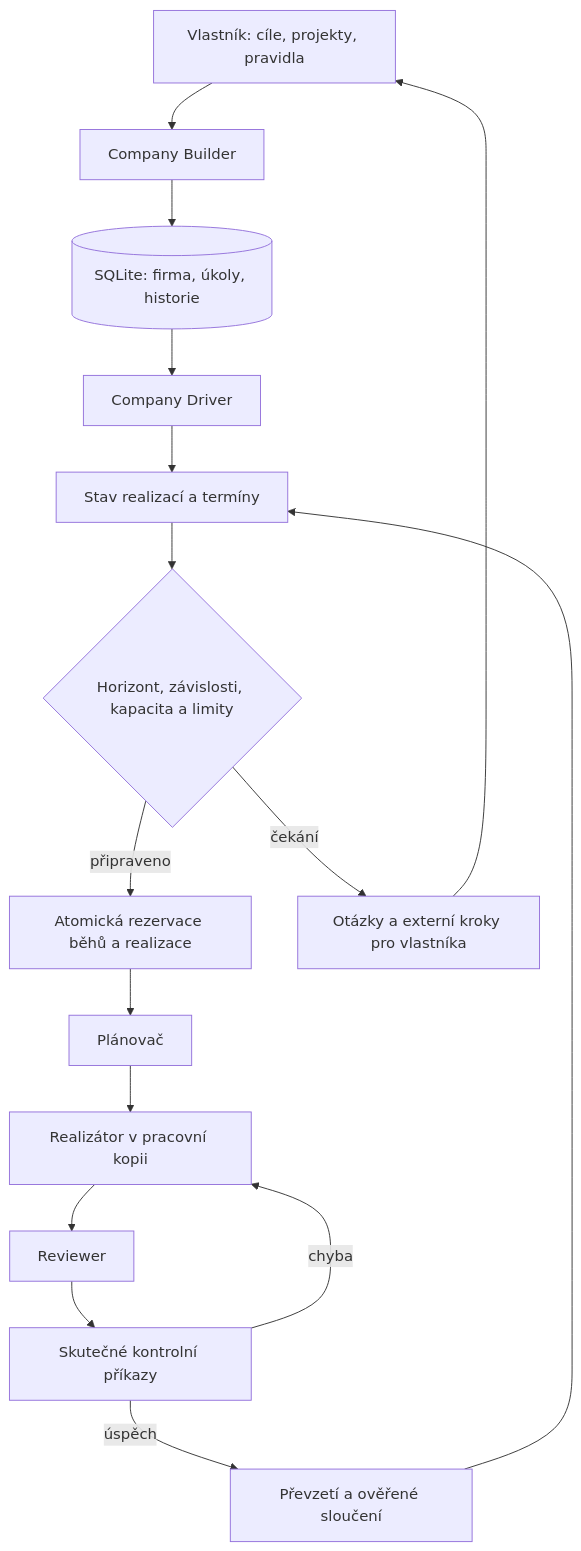
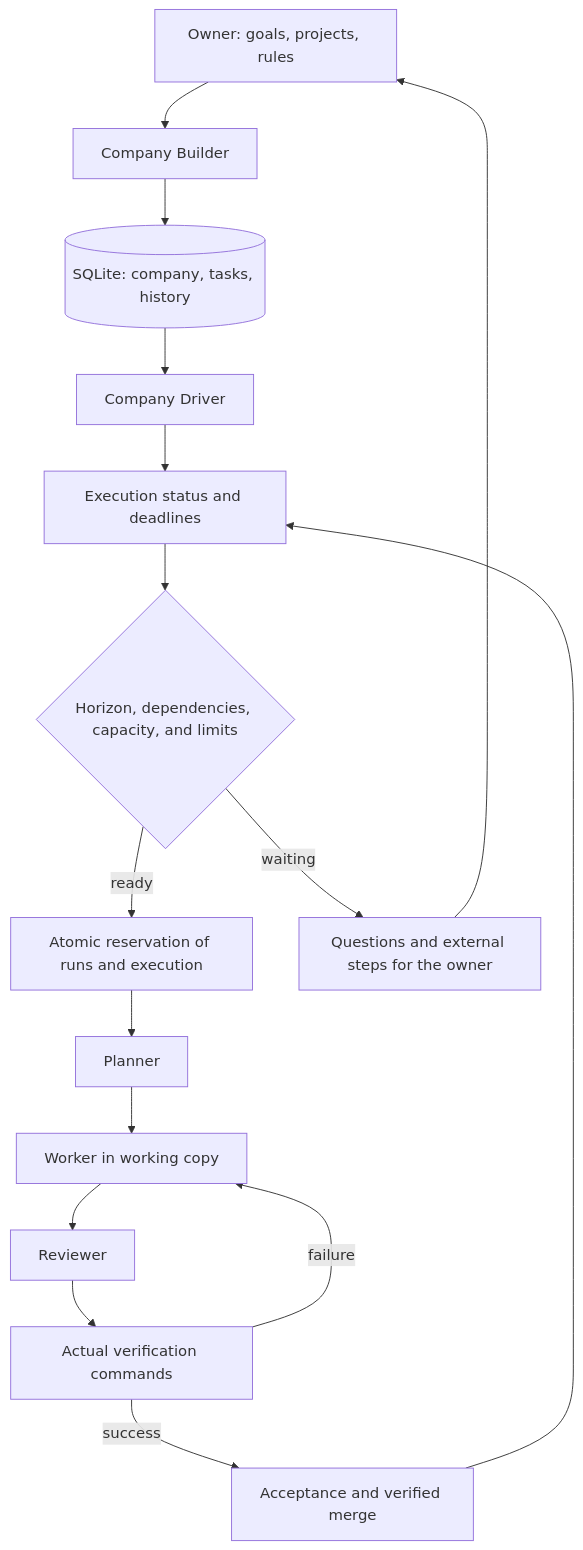
Before and after one commit to RulezZzOr/miner: the diagram in studio/docs/COMPANY_DRIVER.md, drawn with Mermaid. The commit also changed other lines of this file and 55 other files, not shown here.

````diff
--- a/studio/docs/COMPANY_DRIVER.md
+++ b/studio/docs/COMPANY_DRIVER.md
@@ -27,18 +18,18 @@
 ```mermaid
 flowchart TD
-    Owner[Vlastník: cíle, projekty, pravidla] --> Builder[Company Builder]
-    Builder --> DB[(SQLite: firma, úkoly, historie)]
+    Owner[Owner: goals, projects, rules] --> Builder[Company Builder]
+    Builder --> DB[(SQLite: company, tasks, history)]
     DB --> Driver[Company Driver]
-    Driver --> Observe[Stav realizací a termíny]
-    Observe --> Gate{Horizont, závislosti, kapacita a limity}
-    Gate -->|připraveno| Reserve[Atomická rezervace běhů a realizace]
-    Gate -->|čekání| Inbox[Otázky a externí kroky pro vlastníka]
-    Reserve --> Plan[Plánovač]
-    Plan --> Worker[Realizátor v pracovní kopii]
+    Driver --> Observe[Execution status and deadlines]
+    Observe --> Gate{Horizon, dependencies, capacity, and limits}
+    Gate -->|ready| Reserve[Atomic reservation of runs and execution]
+    Gate -->|waiting| Inbox[Questions and external steps for the owner]
+    Reserve --> Plan[Planner]
+    Plan --> Worker[Worker in working copy]
     Worker --> Review[Reviewer]
-    Review --> Checks[Skutečné kontrolní příkazy]
-    Checks -->|chyba| Worker
-    Checks -->|úspěch| Accept[Převzetí a ověřené sloučení]
+    Review --> Checks[Actual verification commands]
+    Checks -->|failure| Worker
+    Checks -->|success| Accept[Acceptance and verified merge]
     Accept --> Observe
     Inbox --> Owner
 ```
````
